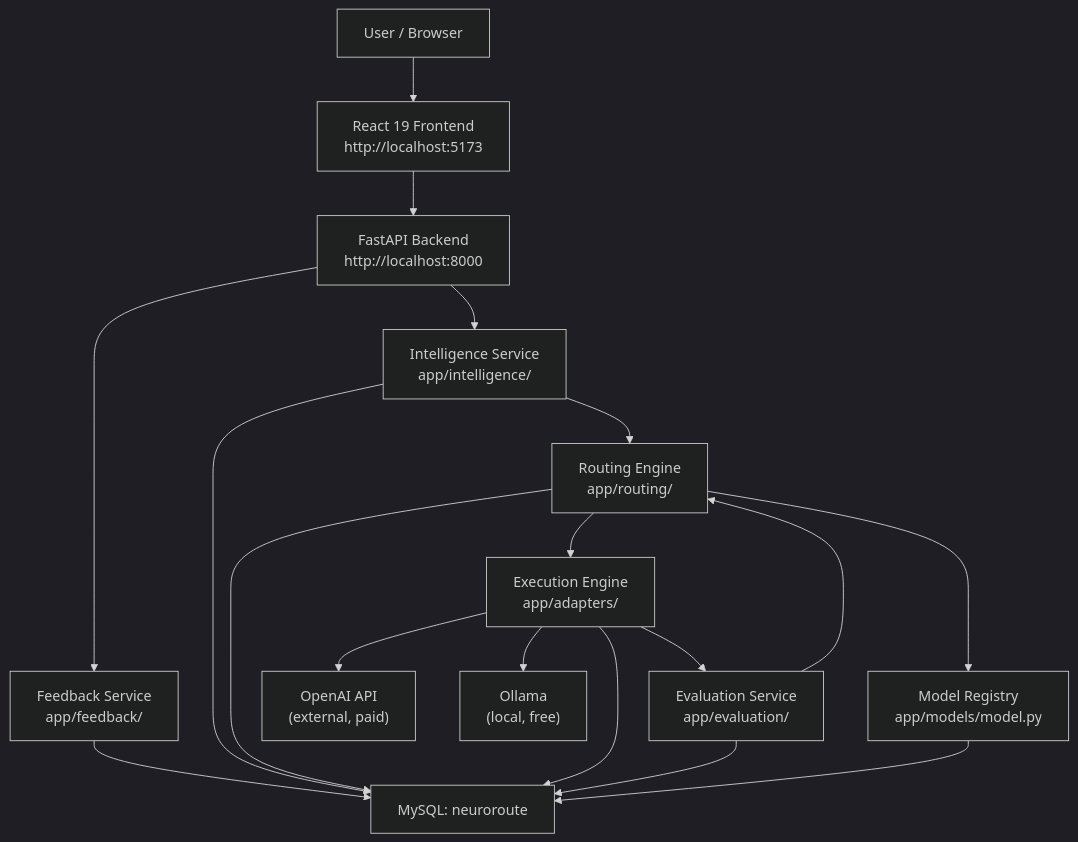
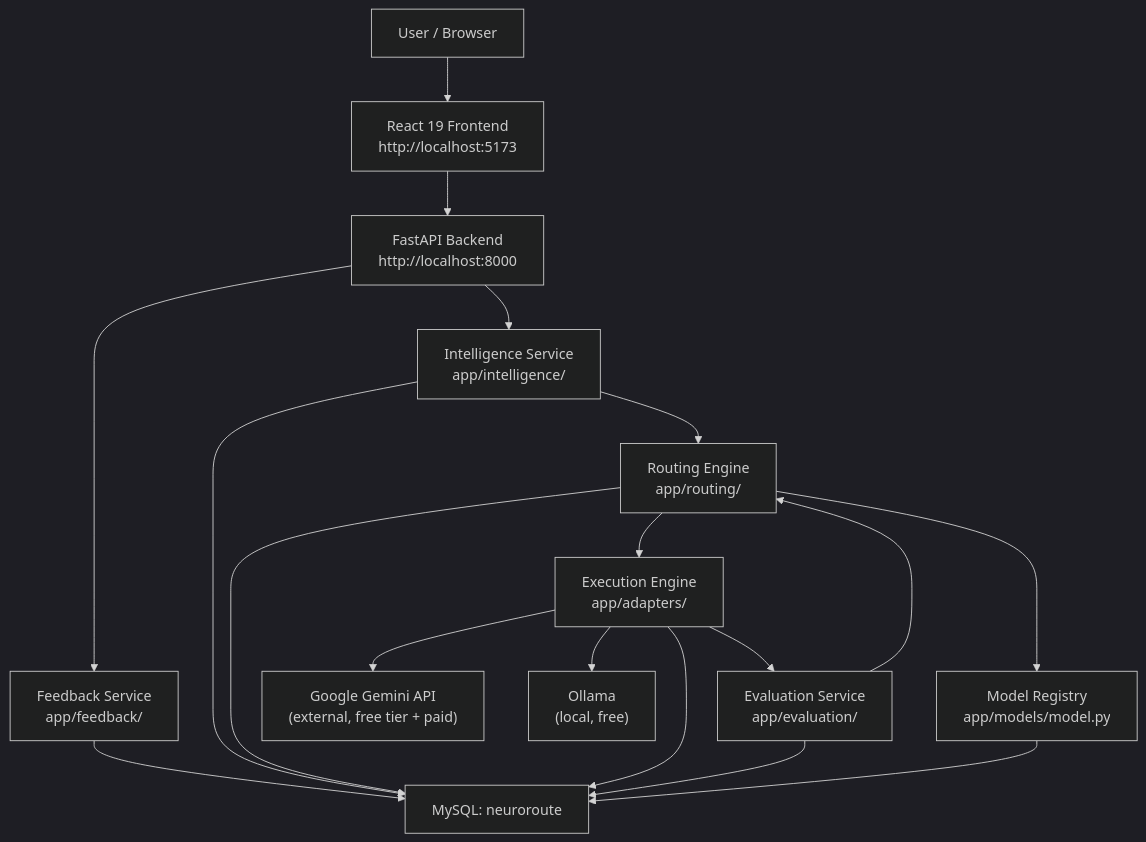
One commit to Nathish-K/NeuroRoute changed the first of 2 diagrams in .kiro/specs/neuroroute-mvp/design.md. Above: the diagram before and after it, drawn with Mermaid (dark theme). The commit also changed other lines of this file and 46 other files, not shown here.

````diff
--- a/.kiro/specs/neuroroute-mvp/design.md
+++ b/.kiro/specs/neuroroute-mvp/design.md
@@ -15,33 +15,33 @@
 ```mermaid
 graph TD
     User["User / Browser"]
     FE["React 19 Frontend\nhttp://localhost:5173"]
     BE["FastAPI Backend\nhttp://localhost:8000"]
     INT["Intelligence Service\napp/intelligence/"]
     ROUTE["Routing Engine\napp/routing/"]
     EXEC["Execution Engine\napp/adapters/"]
     EVAL["Evaluation Service\napp/evaluation/"]
     FB["Feedback Service\napp/feedback/"]
     REG["Model Registry\napp/models/model.py"]
-    OAI["OpenAI API\n(external, paid)"]
+    GEM["Google Gemini API\n(external, free tier + paid)"]
     OLL["Ollama\n(local, free)"]
     DB["MySQL: neuroroute"]
 
     User --> FE
     FE --> BE
     BE --> INT
     INT --> ROUTE
     ROUTE --> REG
     ROUTE --> EXEC
-    EXEC --> OAI
+    EXEC --> GEM
     EXEC --> OLL
     EXEC --> EVAL
     EVAL --> ROUTE
     BE --> FB
     FB --> DB
     INT --> DB
     ROUTE --> DB
     EXEC --> DB
     EVAL --> DB
     REG --> DB
 ```
````
